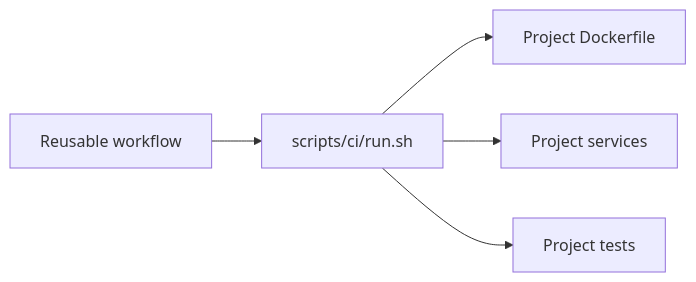
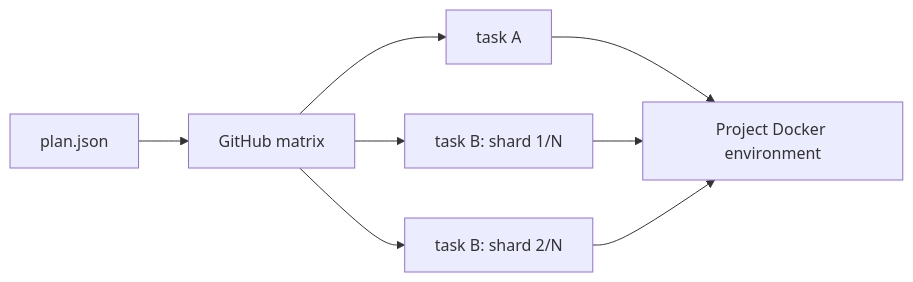
One commit to RandomDevelopment/ci-fleet changed the first of 2 diagrams in docs/PROJECT-STANDARD.md. Above: the diagram before and after it, drawn with Mermaid. The commit also changed other lines of this file and 20 other files, not shown here.

````diff
--- a/docs/PROJECT-STANDARD.md
+++ b/docs/PROJECT-STANDARD.md
@@ -24,7 +29,10 @@
 ```mermaid
 flowchart LR
-    A["Reusable workflow"] --> B["scripts/ci/run.sh"]
-    B --> C["Project Dockerfile"]
-    B --> D["Project services"]
-    B --> E["Project tests"]
+    A["plan.json"] --> B["GitHub matrix"]
+    B --> C["task A"]
+    B --> D["task B: shard 1/N"]
+    B --> E["task B: shard 2/N"]
+    C --> F["Project Docker environment"]
+    D --> F
+    E --> F
 ```
````
